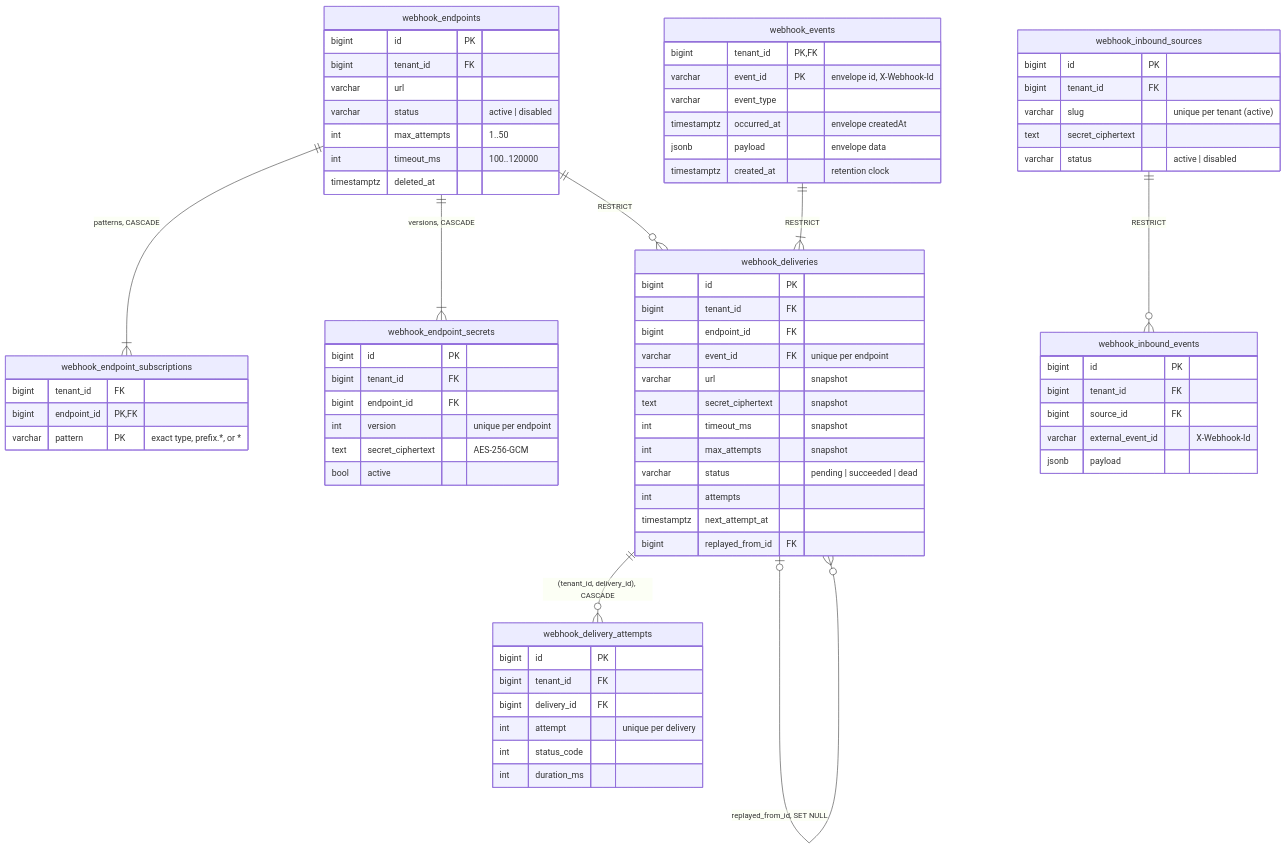
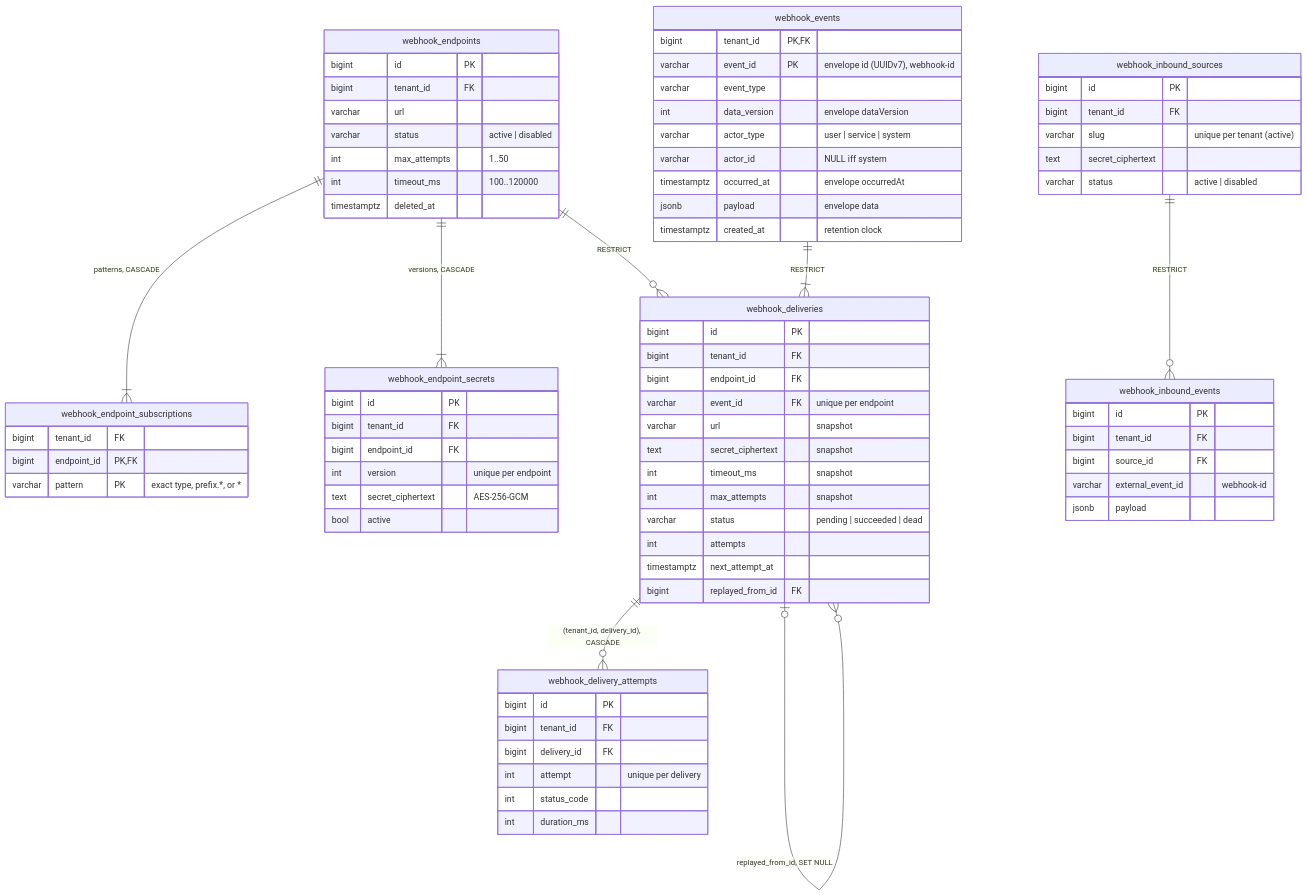
Before and after one commit to chuanghiduoc/fiber-golang-boilerplate: the third of 4 diagrams in docs/data-model.md, drawn with Mermaid. The commit also changed other lines of this file and 87 other files, not shown here.

````diff
--- a/docs/data-model.md
+++ b/docs/data-model.md
@@ -199,77 +199,80 @@
 ```mermaid
 erDiagram
     webhook_endpoints ||--|{ webhook_endpoint_subscriptions : "patterns, CASCADE"
     webhook_endpoints ||--|{ webhook_endpoint_secrets : "versions, CASCADE"
     webhook_endpoints ||--o{ webhook_deliveries : "RESTRICT"
     webhook_events ||--|{ webhook_deliveries : "RESTRICT"
     webhook_deliveries ||--o{ webhook_delivery_attempts : "(tenant_id, delivery_id), CASCADE"
     webhook_deliveries |o--o{ webhook_deliveries : "replayed_from_id, SET NULL"
     webhook_inbound_sources ||--o{ webhook_inbound_events : "RESTRICT"
 
     webhook_endpoints {
         bigint id PK
         bigint tenant_id FK
         varchar url
         varchar status "active | disabled"
         int max_attempts "1..50"
         int timeout_ms "100..120000"
         timestamptz deleted_at
     }
     webhook_endpoint_subscriptions {
         bigint tenant_id FK
         bigint endpoint_id PK, FK
         varchar pattern PK "exact type, prefix.*, or *"
     }
     webhook_endpoint_secrets {
         bigint id PK
         bigint tenant_id FK
         bigint endpoint_id FK
         int version "unique per endpoint"
         text secret_ciphertext "AES-256-GCM"
         bool active
     }
     webhook_events {
         bigint tenant_id PK, FK
-        varchar event_id PK "envelope id, X-Webhook-Id"
+        varchar event_id PK "envelope id (UUIDv7), webhook-id"
         varchar event_type
-        timestamptz occurred_at "envelope createdAt"
+        int data_version "envelope dataVersion"
+        varchar actor_type "user | service | system"
+        varchar actor_id "NULL iff system"
+        timestamptz occurred_at "envelope occurredAt"
         jsonb payload "envelope data"
         timestamptz created_at "retention clock"
     }
     webhook_deliveries {
         bigint id PK
         bigint tenant_id FK
         bigint endpoint_id FK
         varchar event_id FK "unique per endpoint"
         varchar url "snapshot"
         text secret_ciphertext "snapshot"
         int timeout_ms "snapshot"
         int max_attempts "snapshot"
         varchar status "pending | succeeded | dead"
         int attempts
         timestamptz next_attempt_at
         bigint replayed_from_id FK
     }
     webhook_delivery_attempts {
         bigint id PK
         bigint tenant_id FK
         bigint delivery_id FK
         int attempt "unique per delivery"
         int status_code
         int duration_ms
     }
     webhook_inbound_sources {
         bigint id PK
         bigint tenant_id FK
         varchar slug "unique per tenant (active)"
         text secret_ciphertext
         varchar status "active | disabled"
     }
     webhook_inbound_events {
         bigint id PK
         bigint tenant_id FK
         bigint source_id FK
-        varchar external_event_id "X-Webhook-Id"
+        varchar external_event_id "webhook-id"
         jsonb payload
     }
 ```
````
